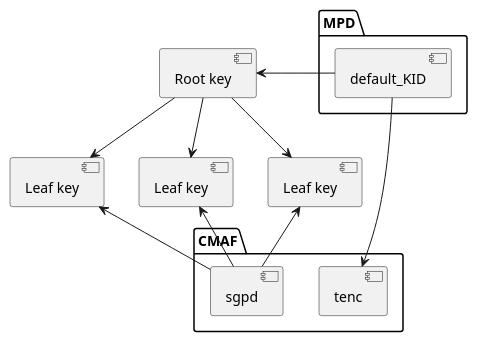
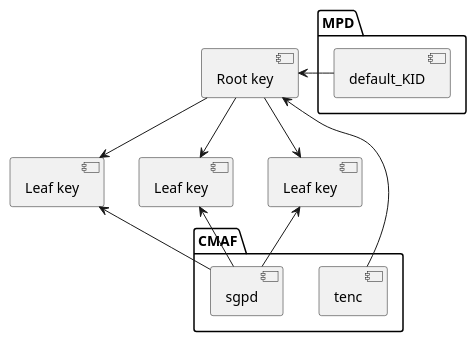
The diagram in Diagrams/Security/KeyHierarchyAndDefaultKid.wsd (irajs/DASH-IF-IOP), drawn with PlantUML before and after one commit. The commit also changed 1 other file, not shown here.

```diff
--- a/Diagrams/Security/KeyHierarchyAndDefaultKid.wsd
+++ b/Diagrams/Security/KeyHierarchyAndDefaultKid.wsd
@@ -1,28 +1,28 @@
 @startuml
 
 [Root key] as Root
 [Leaf key] as A
 [Leaf key] as B
 [Leaf key] as C
 
 package "MPD" {
     [default_KID] as DKID
 }
 
 Root --> A
 Root --> B
 Root --> C
 
 DKID -> Root
 
 package "CMAF" {
     [tenc]
     [sgpd]
 }
 
-[tenc] <- DKID
+[tenc] -> Root
 [sgpd] -up-> A
 [sgpd] -up-> B
 [sgpd] -up-> C
 
 @enduml
```
